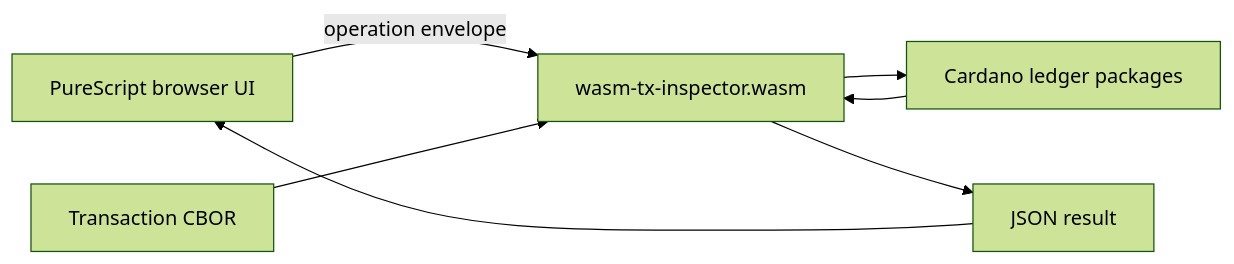
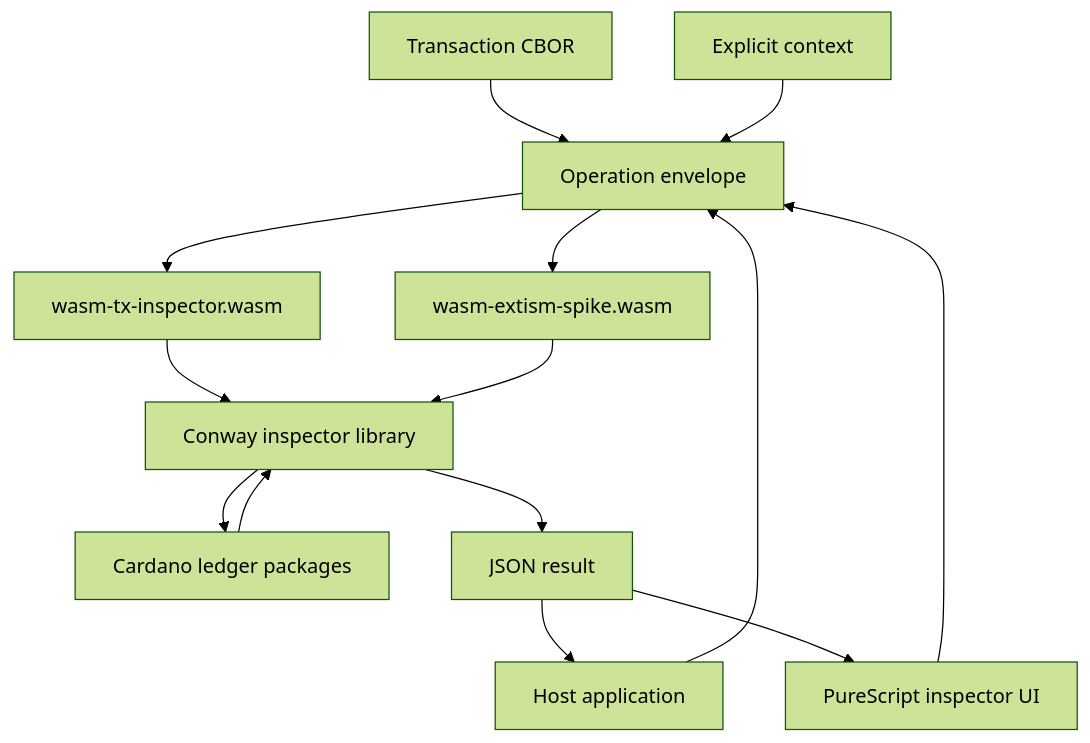
The first of 2 diagrams in gh-docs/architecture.md (lambdasistemi/cardano-ledger-inspector), drawn with Mermaid (forest theme) before and after one commit. The commit also changed other lines of this file and 18 other files, not shown here.

````diff
--- a/gh-docs/architecture.md
+++ b/gh-docs/architecture.md
@@ -5,15 +7,27 @@
 ```mermaid
-flowchart LR
-  UI[PureScript browser UI]
+flowchart TB
+  Tx[Transaction CBOR]
+  Context[Explicit context]
+  Envelope[Operation envelope]
+  Inspector[Conway inspector library]
   WASI[wasm-tx-inspector.wasm]
+  Extism[wasm-extism-spike.wasm]
+  UI[PureScript inspector UI]
+  Host[Host application]
   Ledger[Cardano ledger packages]
-  Tx[Transaction CBOR]
-  Result[JSON result]
+  JSON[JSON result]
 
-  UI -->|operation envelope| WASI
-  Tx --> WASI
-  WASI --> Ledger
-  Ledger --> WASI
-  WASI --> Result
-  Result --> UI
+  Host --> Envelope
+  UI --> Envelope
+  Tx --> Envelope
+  Context --> Envelope
+  Envelope --> WASI
+  Envelope --> Extism
+  WASI --> Inspector
+  Extism --> Inspector
+  Inspector --> Ledger
+  Ledger --> Inspector
+  Inspector --> JSON
+  JSON --> Host
+  JSON --> UI
 ```
````
